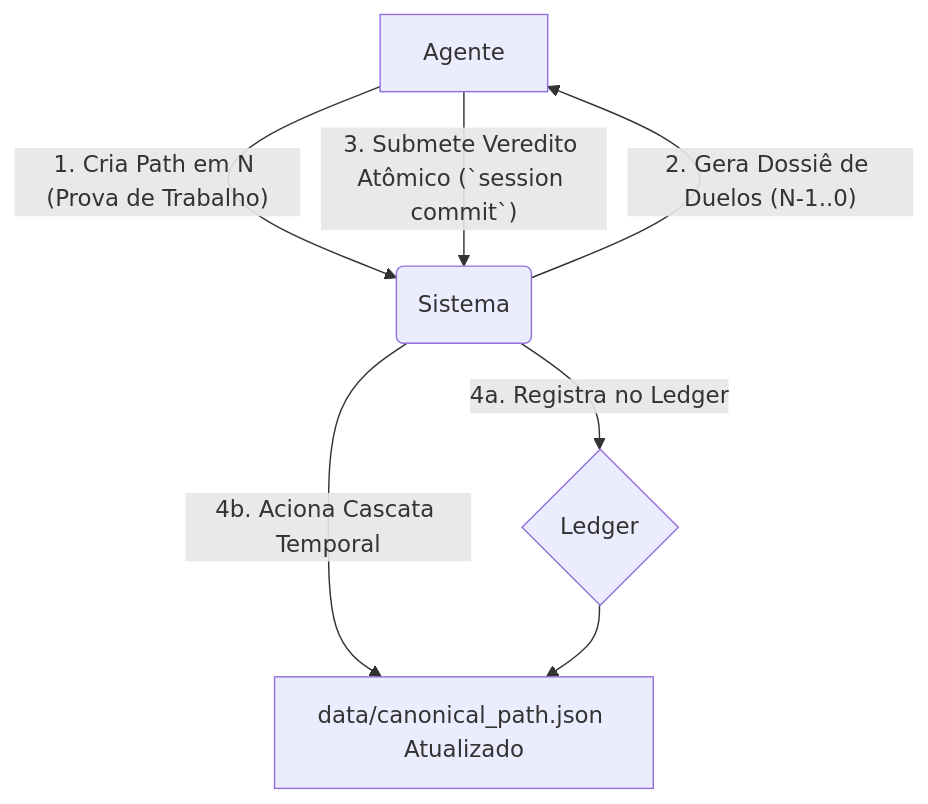
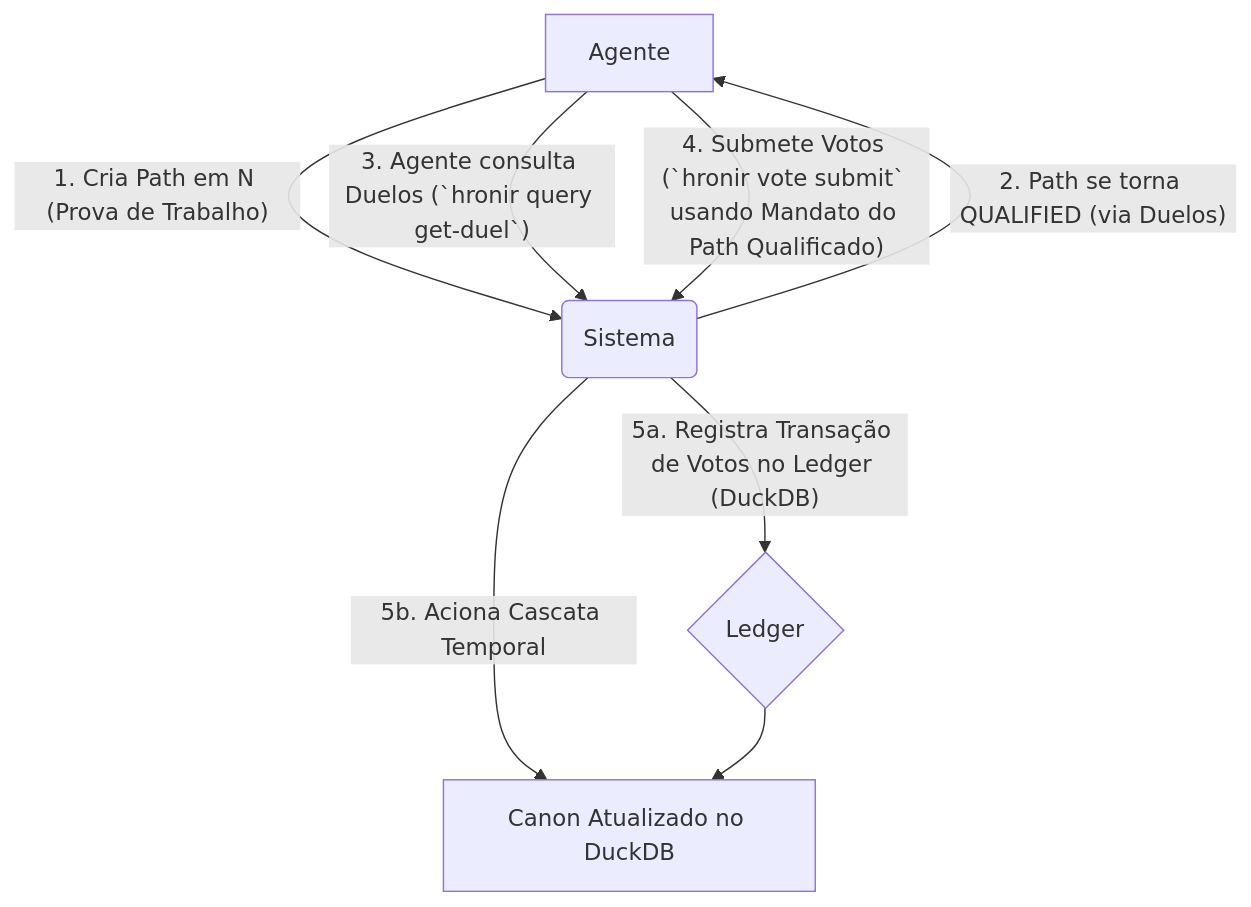
One commit to franklinbaldo/hronir changed the diagram in README.md. Above: the diagram before and after it, drawn with Mermaid. The commit also changed other lines of this file and 37 other files, not shown here.

````diff
--- a/README.md
+++ b/README.md
@@ -23,9 +23,10 @@
 ```mermaid
 graph TD
     A[Agente] -- 1. Cria Path em N (Prova de Trabalho) --> B(Sistema);
-    B -- 2. Gera Dossiê de Duelos (N-1..0) --> A;
-    A -- 3. Submete Veredito Atômico (`session commit`) --> B;
-    B -- "4a. Registra no Ledger" --> C{Ledger};
-    B -- "4b. Aciona Cascata Temporal" --> D[data/canonical_path.json Atualizado];
+    B -- 2. Path se torna QUALIFIED (via Duelos) --> A;
+    A -- 3. Agente consulta Duelos (`hronir query get-duel`) --> B;
+    A -- 4. Submete Votos (`hronir vote submit` usando Mandato do Path Qualificado) --> B;
+    B -- "5a. Registra Transação de Votos no Ledger (DuckDB)" --> C{Ledger};
+    B -- "5b. Aciona Cascata Temporal" --> D[Canon Atualizado no DuckDB];
     C --> D;
 ```
````
